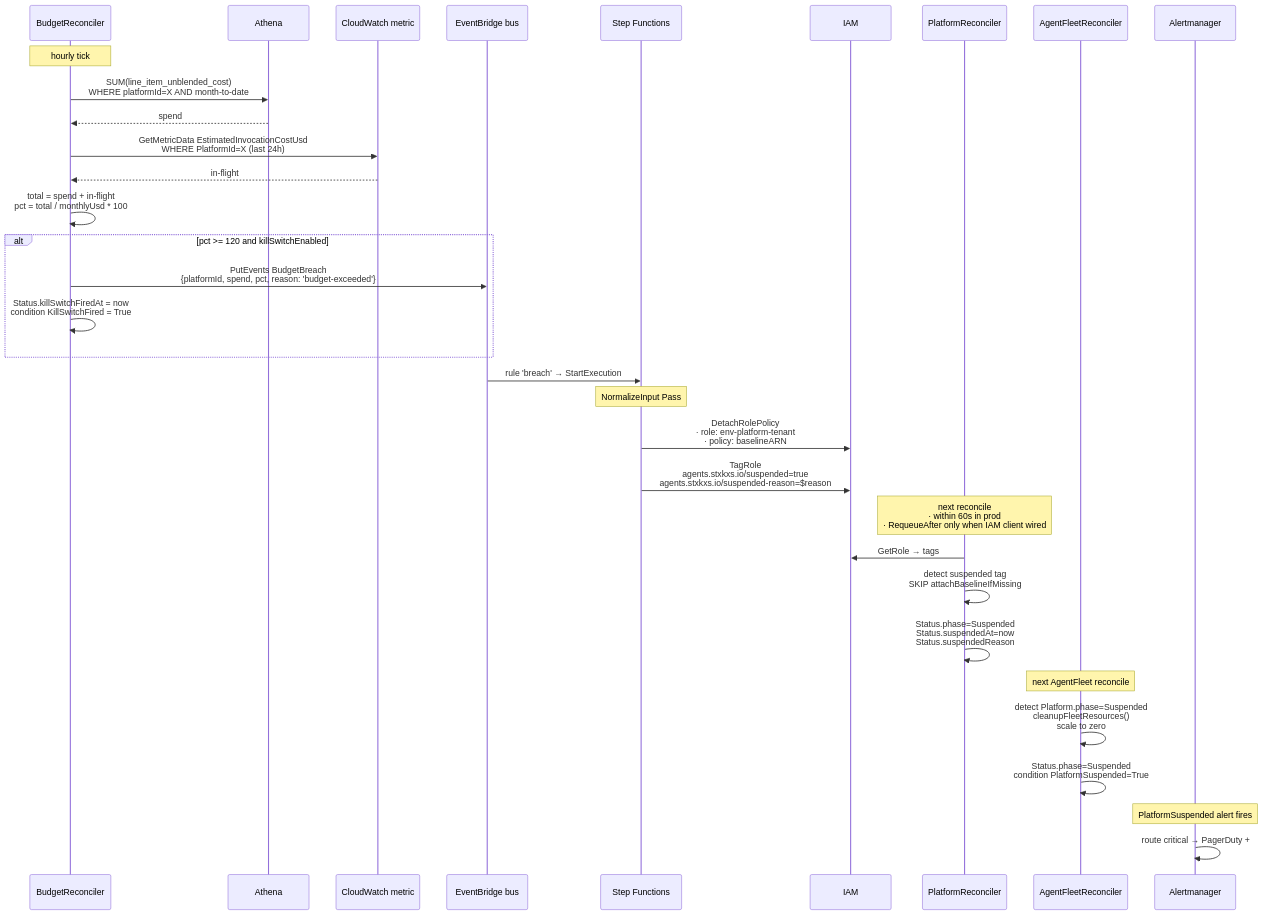
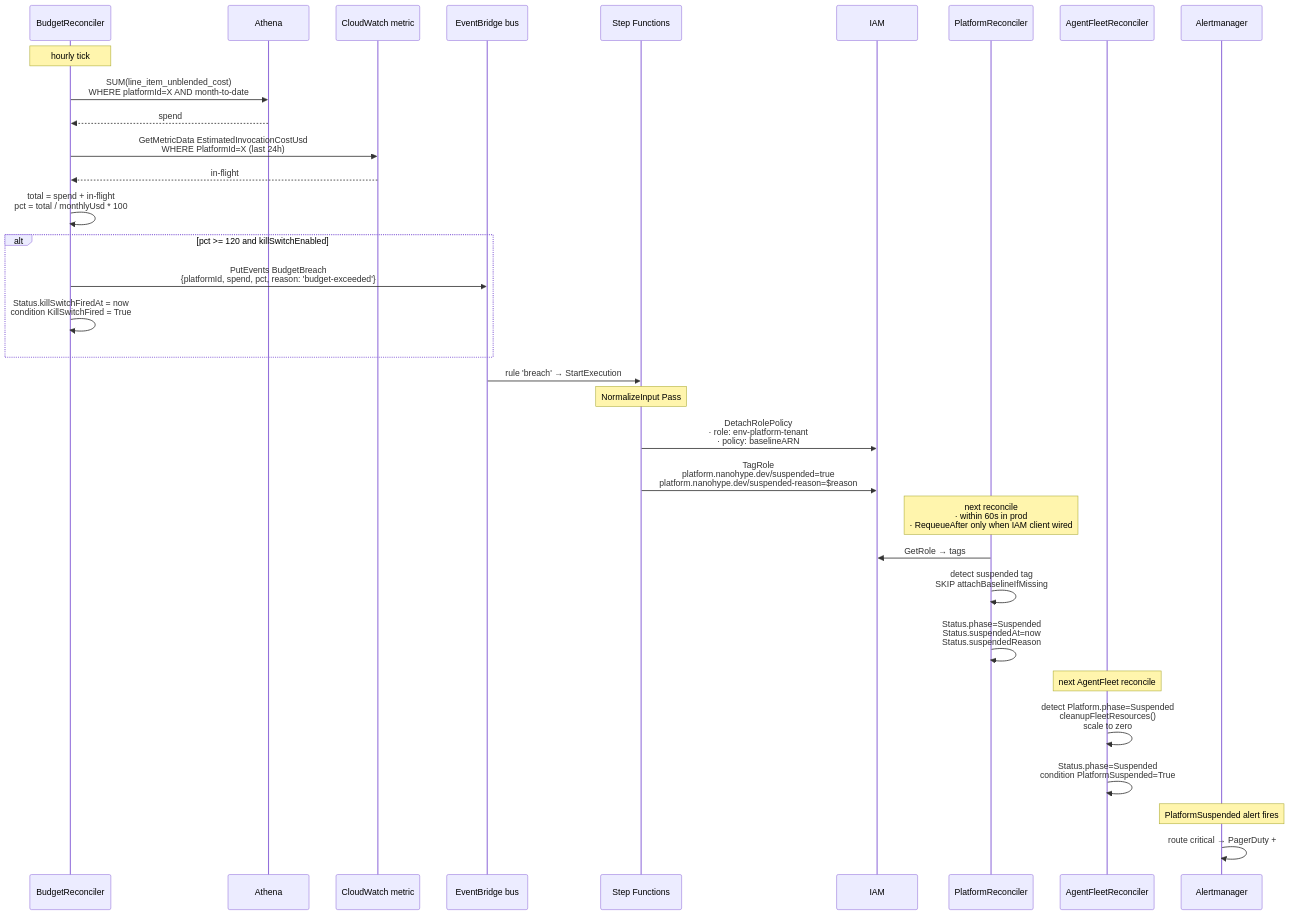
One commit to nanohype/eks-agent-platform changed the first of 2 diagrams in docs/architecture/kill-switch-flow.md. Above: the diagram before and after it, drawn with Mermaid. The commit also changed other lines of this file and 134 other files, not shown here.

First line of the commit message:
refactor: migrate CRD API groups to nanohype.dev + spell out eks-agent-platform

````diff
--- a/docs/architecture/kill-switch-flow.md
+++ b/docs/architecture/kill-switch-flow.md
@@ -7,42 +7,42 @@
 ```mermaid
 sequenceDiagram
   participant BR as BudgetReconciler
   participant Athena
   participant CW as CloudWatch metric
   participant EB as EventBridge bus
   participant SFN as Step Functions
   participant IAM
   participant PR as PlatformReconciler
   participant AR as AgentFleetReconciler
   participant AM as Alertmanager
 
   Note over BR: hourly tick
   BR->>Athena: SUM(line_item_unblended_cost)<br/>WHERE platformId=X AND month-to-date
   Athena-->>BR: spend
   BR->>CW: GetMetricData EstimatedInvocationCostUsd<br/>WHERE PlatformId=X (last 24h)
   CW-->>BR: in-flight
   BR->>BR: total = spend + in-flight<br/>pct = total / monthlyUsd * 100
 
   alt pct >= 120 and killSwitchEnabled
     BR->>EB: PutEvents BudgetBreach<br/>{platformId, spend, pct, reason: 'budget-exceeded'}
     BR->>BR: Status.killSwitchFiredAt = now<br/>condition KillSwitchFired = True
   end
 
   EB->>SFN: rule 'breach' → StartExecution
 
   Note over SFN: NormalizeInput Pass
   SFN->>IAM: DetachRolePolicy<br/>· role: env-platform-tenant<br/>· policy: baselineARN
-  SFN->>IAM: TagRole<br/>agents.stxkxs.io/suspended=true<br/>agents.stxkxs.io/suspended-reason=$reason
+  SFN->>IAM: TagRole<br/>platform.nanohype.dev/suspended=true<br/>platform.nanohype.dev/suspended-reason=$reason
 
   Note over PR: next reconcile<br/>· within 60s in prod<br/>· RequeueAfter only when IAM client wired
   PR->>IAM: GetRole → tags
   PR->>PR: detect suspended tag<br/>SKIP attachBaselineIfMissing
   PR->>PR: Status.phase=Suspended<br/>Status.suspendedAt=now<br/>Status.suspendedReason
 
   Note over AR: next AgentFleet reconcile
   AR->>AR: detect Platform.phase=Suspended<br/>cleanupFleetResources()<br/>scale to zero
   AR->>AR: Status.phase=Suspended<br/>condition PlatformSuspended=True
 
   Note over AM: PlatformSuspended alert fires
   AM->>AM: route critical → PagerDuty + #incidents<br/>+ persona Slack channel
 ```
````
